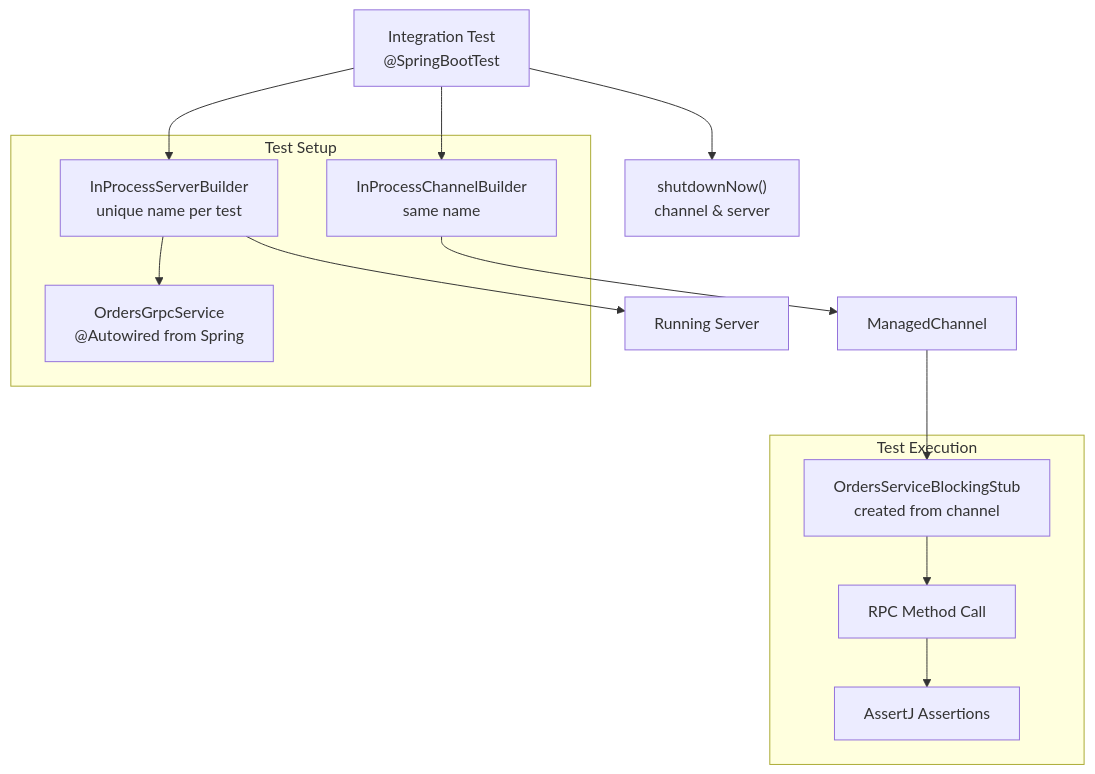
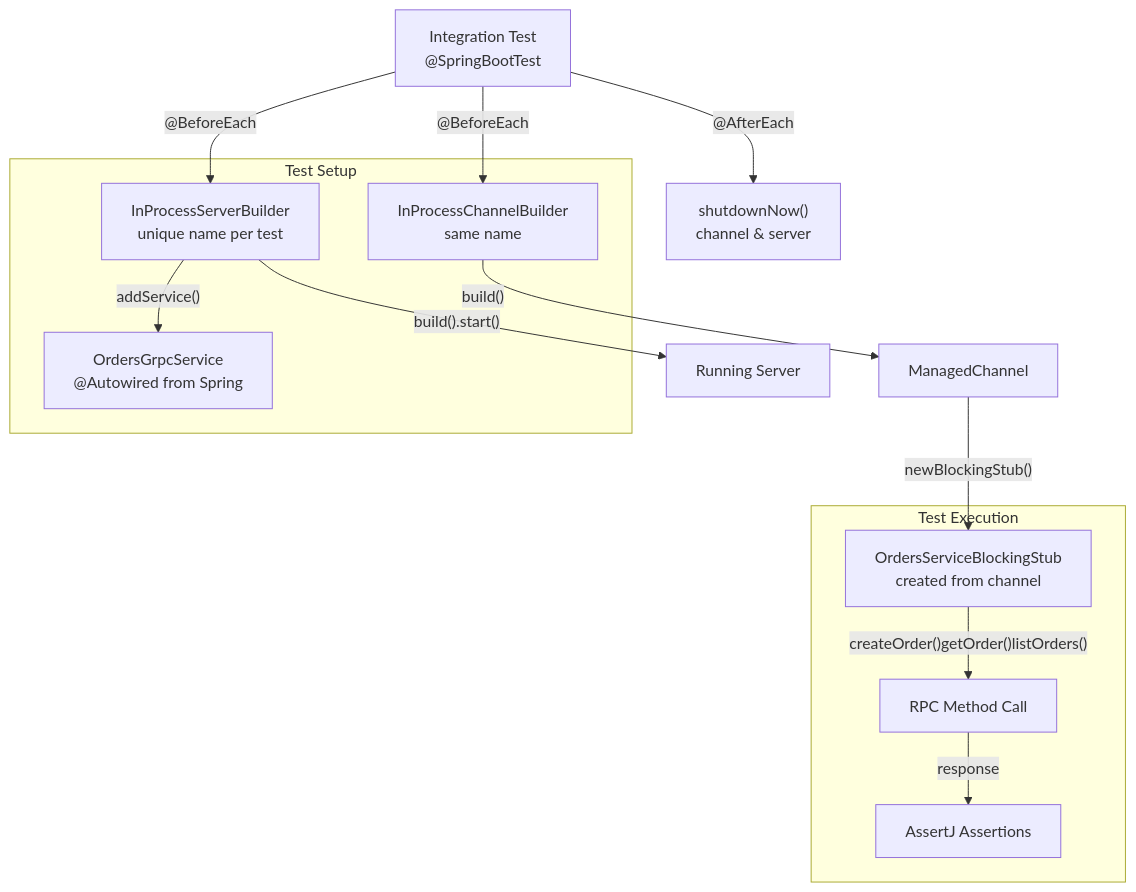
The tenth of 11 diagrams in docs/deepwiki/gRPC-Infrastructure.md (philipz/spring-modular-monolith), drawn with Mermaid before and after one commit. The commit also changed other lines of this file and 55 other files, not shown here.

````diff
--- a/docs/deepwiki/gRPC-Infrastructure.md
+++ b/docs/deepwiki/gRPC-Infrastructure.md
@@ -621,36 +621,36 @@
 ```mermaid
 flowchart TD
 
 TestClass["Integration Test<br>@SpringBootTest"]
 InProcessServer["InProcessServerBuilder<br>unique name per test"]
 InProcessChannel["InProcessChannelBuilder<br>same name"]
 ServiceImpl["OrdersGrpcService<br>@Autowired from Spring"]
 BlockingStub["OrdersServiceBlockingStub<br>created from channel"]
 RPC["RPC Method Call"]
 Assertion["AssertJ Assertions"]
 Server["Running Server"]
 Channel["ManagedChannel"]
 Cleanup["shutdownNow()<br>channel & server"]
 
-TestClass --> InProcessServer
-InProcessServer --> Server
-TestClass --> InProcessChannel
-InProcessChannel --> Channel
-Channel --> BlockingStub
-TestClass --> Cleanup
+TestClass -->|"@BeforeEach"| InProcessServer
+InProcessServer -->|"build().start()"| Server
+TestClass -->|"@BeforeEach"| InProcessChannel
+InProcessChannel -->|"build()"| Channel
+Channel -->|"newBlockingStub()"| BlockingStub
+TestClass -->|"@AfterEach"| Cleanup
 
 subgraph subGraph1 ["Test Execution"]
     BlockingStub
     RPC
     Assertion
-    BlockingStub --> RPC
-    RPC --> Assertion
+    BlockingStub -->|"createOrder()getOrder()listOrders()"| RPC
+    RPC -->|"response"| Assertion
 end
 
 subgraph subGraph0 ["Test Setup"]
     InProcessServer
     InProcessChannel
     ServiceImpl
-    InProcessServer --> ServiceImpl
+    InProcessServer -->|"addService()"| ServiceImpl
 end
 ```
````
